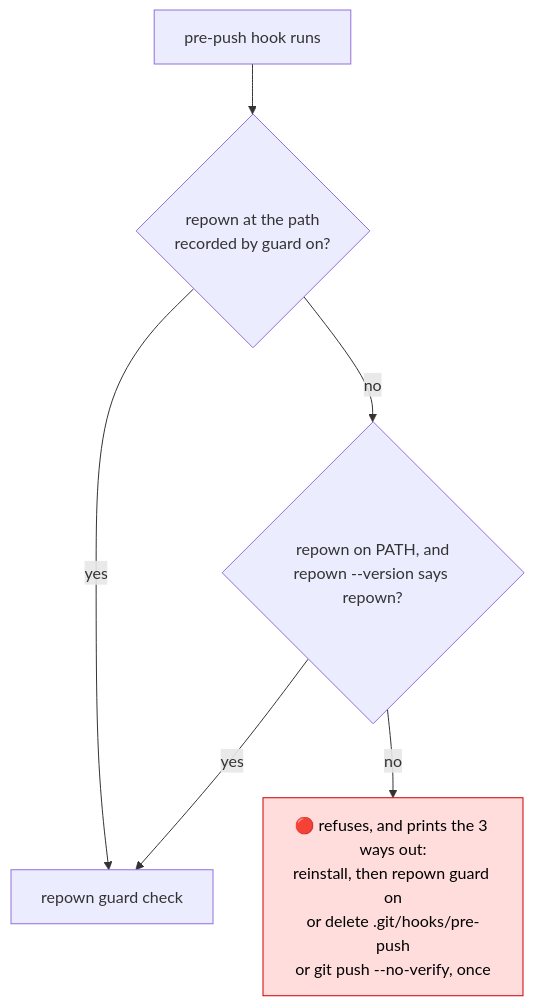
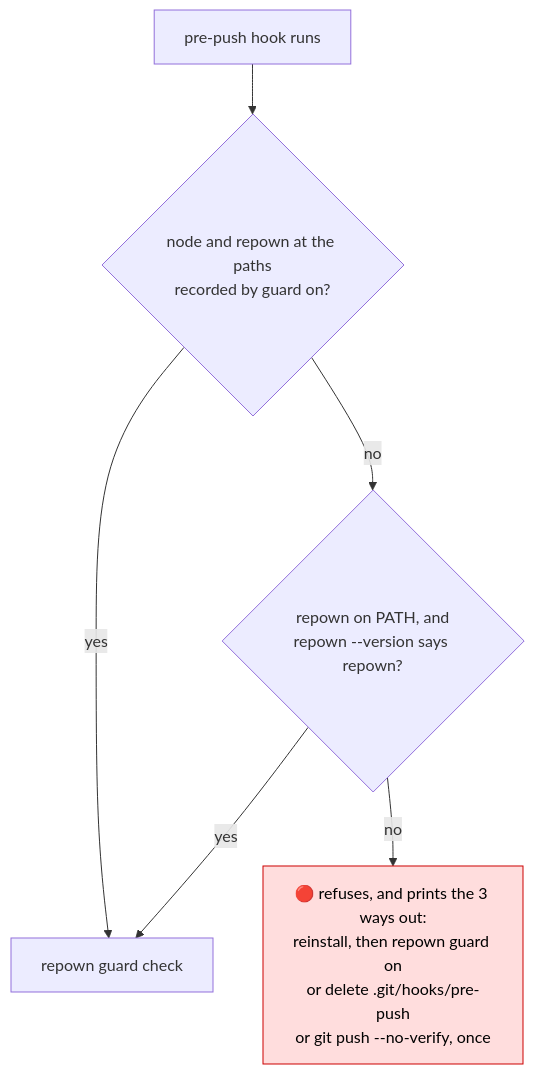
Before and after one commit to makubexD/repown: the eighth of 8 diagrams in docs/HOW-IT-WORKS.md, drawn with Mermaid. The commit also changed other lines of this file and 13 other files, not shown here.

````diff
--- a/docs/HOW-IT-WORKS.md
+++ b/docs/HOW-IT-WORKS.md
@@ -405,10 +421,10 @@
 ```mermaid
 flowchart TD
-  H[pre-push hook runs] --> P{"repown at the path<br/>recorded by guard on?"}
+  H[pre-push hook runs] --> P{"node and repown at the paths<br/>recorded by guard on?"}
   P -->|yes| RUN[repown guard check]
   P -->|no| Q{"repown on PATH, and<br/>repown --version says repown?"}
   Q -->|yes| RUN
   Q -->|no| X["🔴 refuses, and prints the 3 ways out:<br/>reinstall, then repown guard on<br/>or delete .git/hooks/pre-push<br/>or git push --no-verify, once"]
   classDef bad fill:#fdd,stroke:#c00,color:#000
   class X bad
 ```
````
